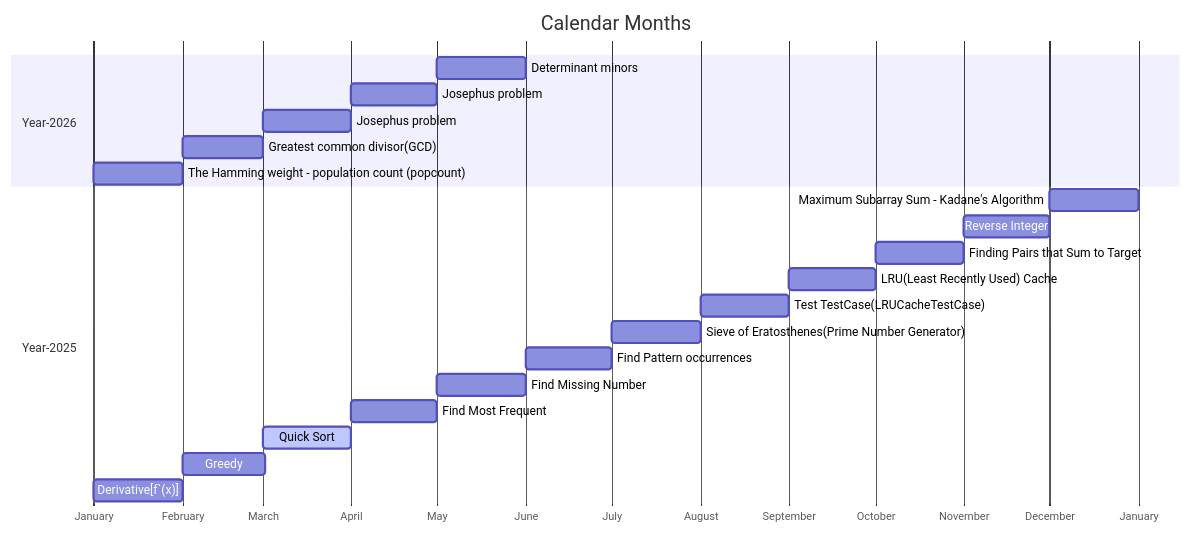
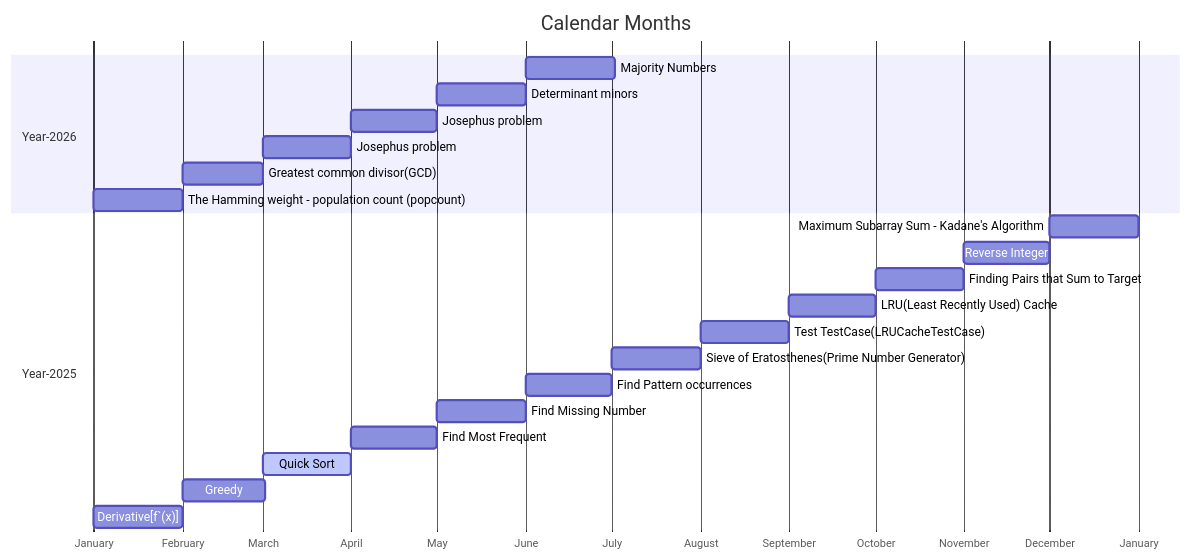
Before and after one commit to softtiny/docs.calendar: the diagram in src/calendar.md, drawn with Mermaid. The commit also changed 2 other files, not shown here.

````diff
--- a/src/calendar.md
+++ b/src/calendar.md
@@ -2,26 +2,27 @@
 ```mermaid
 
 gantt
     title Calendar Months
     dateFormat MM-DD
     axisFormat %B
     section Year-2026
+        Majority Numbers: 06-01, 31d
         Determinant minors: 05-01, 31d
         Josephus problem: 04-01, 30d
         Josephus problem: 03-01, 31d
         Greatest common divisor(GCD): 02-01, 28d
         The Hamming weight - population count (popcount): 01-01, 31d
     section Year-2025
         Maximum Subarray Sum - Kadane's Algorithm:12-01, 31d
         Reverse Integer:11-01, 30d
         Finding Pairs that Sum to Target :10-01, 31d
         LRU(Least Recently Used) Cache :09-01, 30d
         Test TestCase(LRUCacheTestCase) :08-01, 31d
         Sieve of Eratosthenes(Prime Number Generator)    :07-01, 31d
         Find Pattern occurrences :06-01, 30d
         Find Missing Number :05-01, 31d
         Find Most Frequent :04-01, 30d
         Quick Sort      :active, 03-01, 31d
         Greedy          :02-01, 29d
         Derivative[f`(x)]          :01-01, 31d
 ```
````
